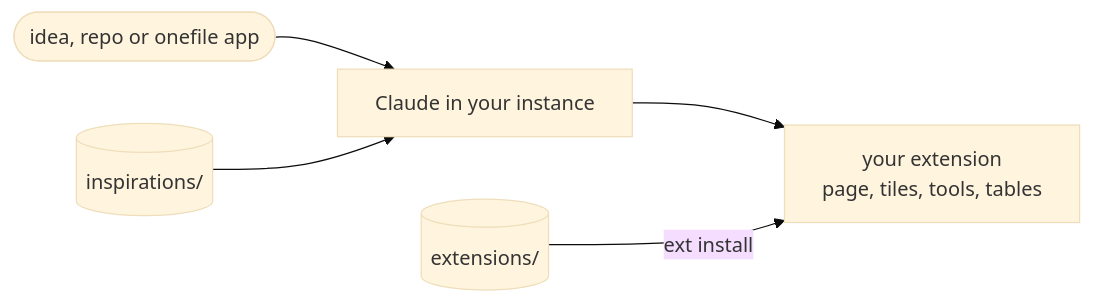
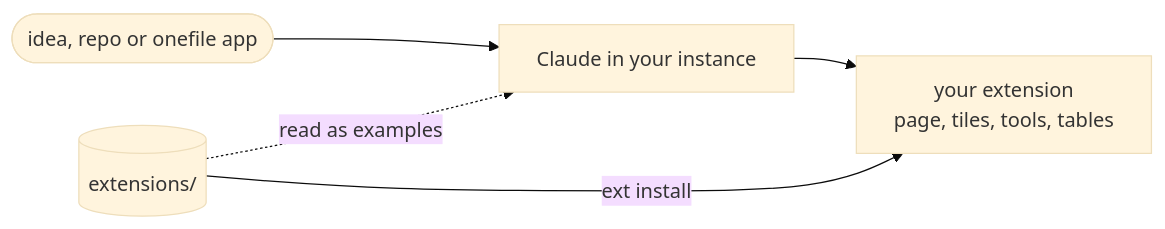
The diagram in README.md (b-niamin/assistant-extensions), drawn with Mermaid (base theme) before and after one commit. The commit also changed other lines of this file and 18 other files, not shown here.

First line of the commit message:
Remove inspirations/: empty skeletons that failed ext check; the ready-made extensions are the examples

````diff
--- a/README.md
+++ b/README.md
@@ -101,7 +91,7 @@
 ```mermaid
 flowchart LR
   idea(["idea, repo or onefile app"]) --> claude["Claude in your instance"]
-  insp[("inspirations/")] --> claude
+  ready -. "read as examples" .-> claude
   claude --> ext["your extension<br/>page, tiles, tools, tables"]
   ready[("extensions/")] -- "ext install" --> ext
 ```
````
